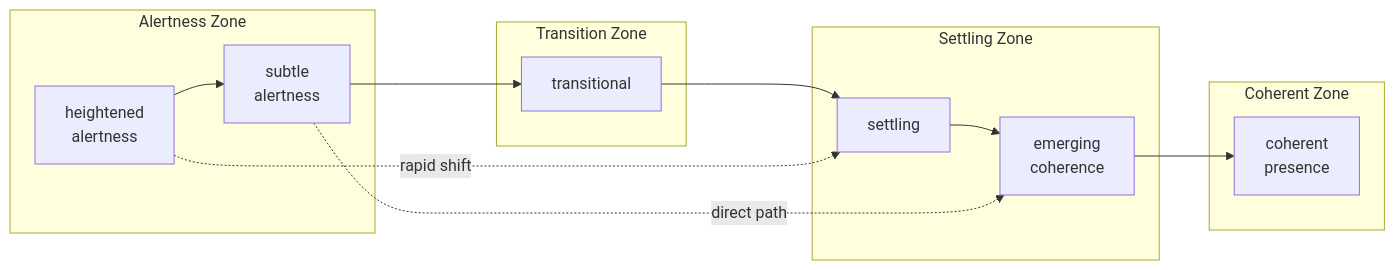
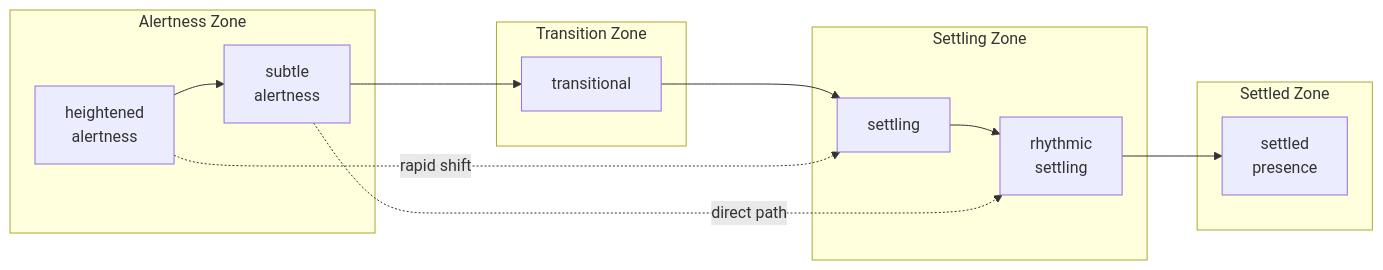
Before and after one commit to m3data/earthian-biosense: the second of 6 diagrams in docs/movement-preserving-classification.md, drawn with Mermaid. The commit also changed other lines of this file and 20 other files, not shown here.

````diff
--- a/docs/movement-preserving-classification.md
+++ b/docs/movement-preserving-classification.md
@@ -70,29 +70,29 @@
 ```mermaid
 flowchart LR
     subgraph alertness["Alertness Zone"]
         ha["heightened<br/>alertness"]
         sa["subtle<br/>alertness"]
     end
 
     subgraph transition["Transition Zone"]
         tr["transitional"]
     end
 
     subgraph settling_zone["Settling Zone"]
         se["settling"]
-        ec["emerging<br/>coherence"]
+        rs["rhythmic<br/>settling"]
     end
 
-    subgraph coherent["Coherent Zone"]
-        cp["coherent<br/>presence"]
+    subgraph settled["Settled Zone"]
+        sp["settled<br/>presence"]
     end
 
     ha --> sa
     sa --> tr
     tr --> se
-    se --> ec
-    ec --> cp
+    se --> rs
+    rs --> sp
 
     ha -.->|"rapid shift"| se
-    sa -.->|"direct path"| ec
+    sa -.->|"direct path"| rs
 ```
````
